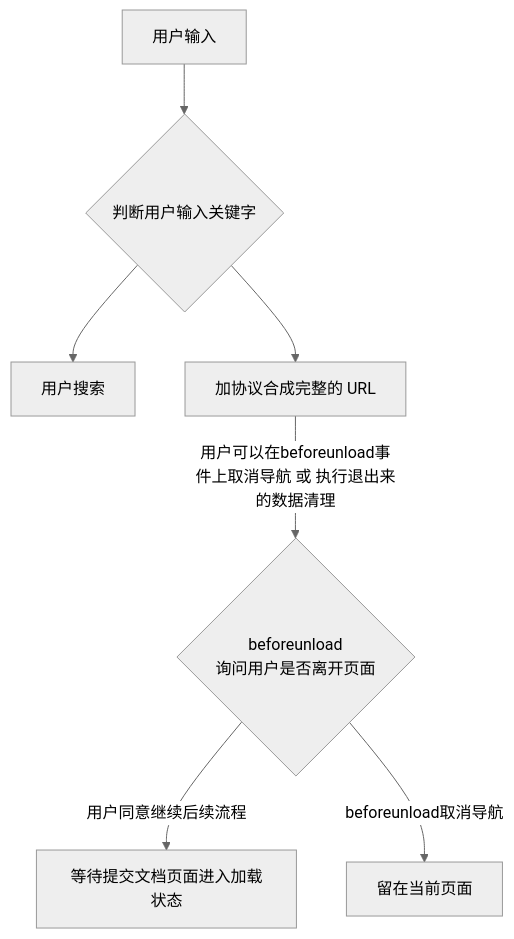
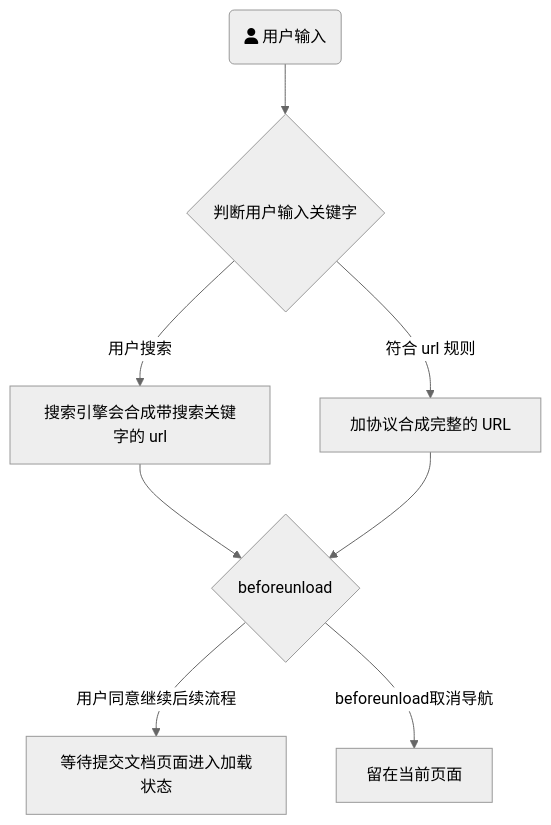
One commit to HelenZhangLP/blog changed the second of 6 diagrams in source/_posts/浏览器工作原理——从输入URL-到页面展示，这中间发生了什么.md. Above: the diagram before and after it, drawn with Mermaid (neutral theme). The commit also changed other lines of this file and 88 other files, not shown here.

````diff
--- a/source/_posts/浏览器工作原理——从输入URL-到页面展示，这中间发生了什么.md
+++ b/source/_posts/浏览器工作原理——从输入URL-到页面展示，这中间发生了什么.md
@@ -10,9 +41,11 @@
-```mermaid
-graph TD;
-    A[用户输入] --> B{判断用户输入关键字}
-    B --> C[用户搜索]
-    B --> D[加协议合成完整的 URL]
-    D --> |用户可以在beforeunload事件上取消导航 或 执行退出来的数据清理|E{beforeunload<br/>询问用户是否离开页面}
-    E --> |用户同意继续后续流程|F[等待提交文档页面进入加载状态]
-    E --> |beforeunload取消导航|G[留在当前页面]
-```
+	```mermaid
+	graph TD;
+		E{beforeunload}
+		A(fa:fa-user 用户输入) --> B{判断用户输入关键字}
+		B -->|用户搜索| C[搜索引擎会合成带搜索关键字的 url]
+		B -->|符合 url 规则| D[加协议合成完整的 URL]
+		C --> E
+		D --> E
+		E --> |用户同意继续后续流程|F[等待提交文档页面进入加载状态]
+		E --> |beforeunload取消导航|G[留在当前页面]
+	```
````
